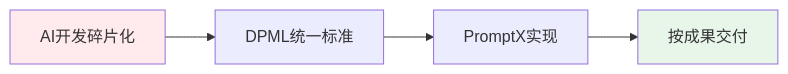
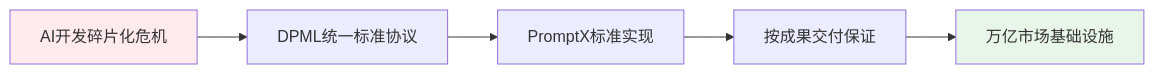
Before and after one commit to Deepractice/COSE: the first of 6 diagrams in README.md, drawn with Mermaid. The commit also changed other lines of this file and 8 other files, not shown here.

````diff
--- a/README.md
+++ b/README.md
@@ -10,9 +12,10 @@
 ```mermaid
 graph LR
-    A[AI开发碎片化] --> B[DPML统一标准]
-    B --> C[PromptX实现]
-    C --> D[按成果交付]
+    A[AI开发碎片化危机] --> B[DPML统一标准协议]
+    B --> C[PromptX标准实现]
+    C --> D[按成果交付保证]
+    D --> E[万亿市场基础设施]
     
     style A fill:#ffebee
-    style D fill:#e8f5e9
+    style E fill:#e8f5e9
 ```
````
